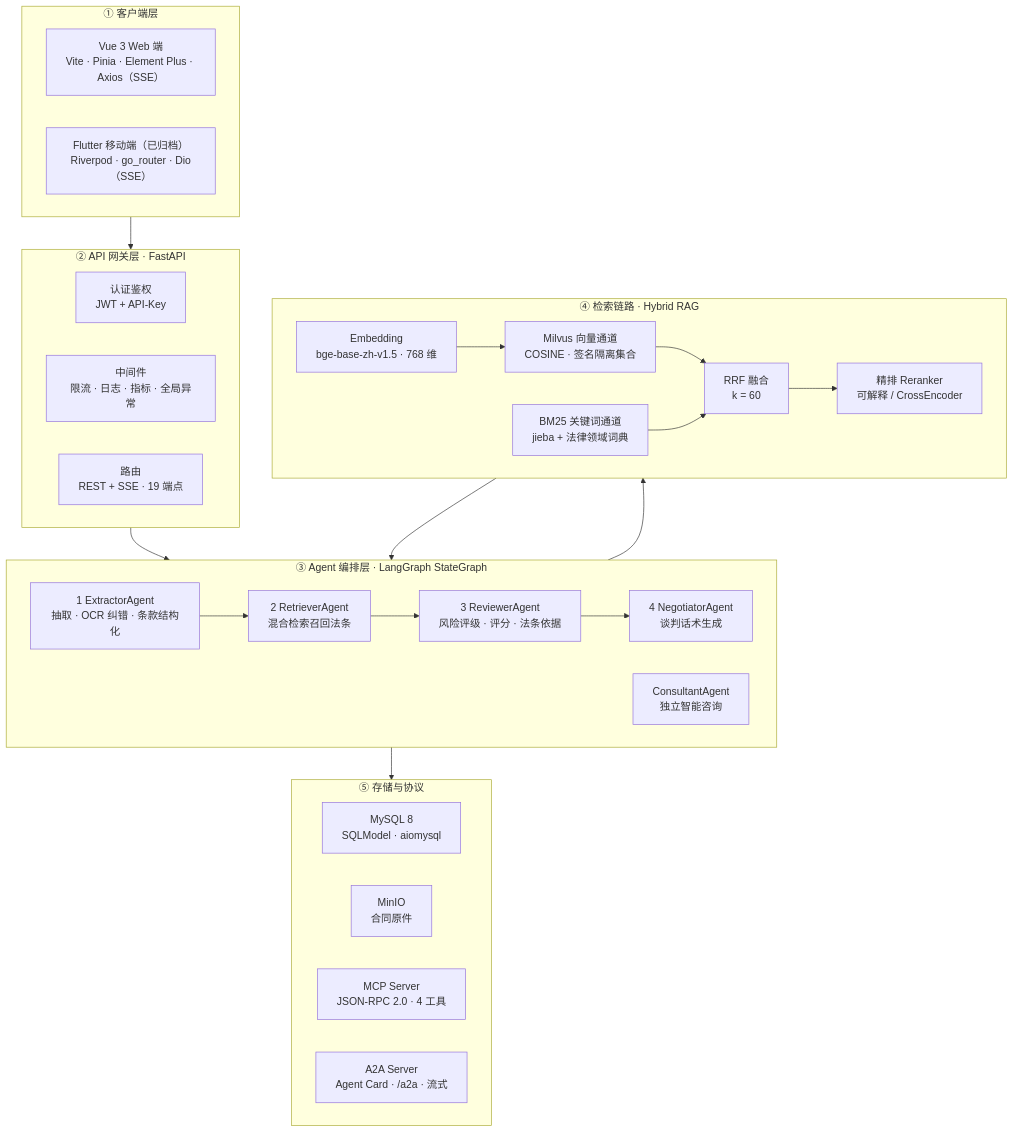
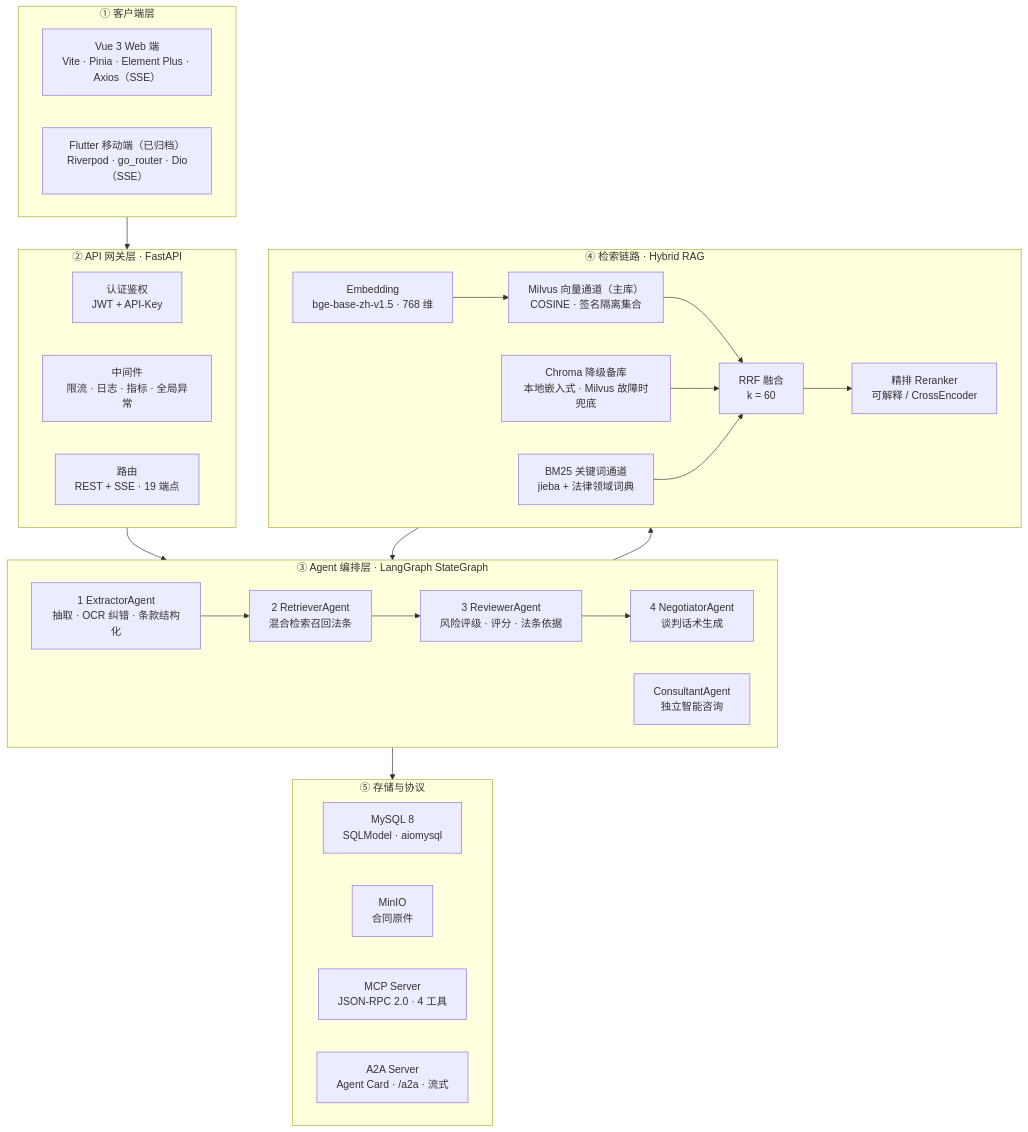
One commit to SFANBLOG/lumos changed the first of 2 diagrams in README.md. Above: the diagram before and after it, drawn with Mermaid. The commit also changed other lines of this file, not shown here.

First line of the commit message:
docs: 同步根 README 到 Chroma 降级备库 + LangGraph 断点续跑

````diff
--- a/README.md
+++ b/README.md
@@ -117,50 +117,52 @@
 ```mermaid
 flowchart TB
     subgraph L1["① 客户端层"]
         direction LR
         W["Vue 3 Web 端<br/>Vite · Pinia · Element Plus · Axios（SSE）"]
         M["Flutter 移动端（已归档）<br/>Riverpod · go_router · Dio（SSE）"]
     end
 
     subgraph L2["② API 网关层 · FastAPI"]
         direction LR
         A1["认证鉴权<br/>JWT + API-Key"]
         A2["中间件<br/>限流 · 日志 · 指标 · 全局异常"]
         A3["路由<br/>REST + SSE · 19 端点"]
     end
 
     subgraph L3["③ Agent 编排层 · LangGraph StateGraph"]
         direction LR
         N1["1 ExtractorAgent<br/>抽取 · OCR 纠错 · 条款结构化"]
         N2["2 RetrieverAgent<br/>混合检索召回法条"]
         N3["3 ReviewerAgent<br/>风险评级 · 评分 · 法条依据"]
         N4["4 NegotiatorAgent<br/>谈判话术生成"]
         N5["ConsultantAgent<br/>独立智能咨询"]
         N1 --> N2 --> N3 --> N4
     end
 
     subgraph L4["④ 检索链路 · Hybrid RAG"]
         direction LR
         E1["Embedding<br/>bge-base-zh-v1.5 · 768 维"]
-        V1["Milvus 向量通道<br/>COSINE · 签名隔离集合"]
+        V1["Milvus 向量通道（主库）<br/>COSINE · 签名隔离集合"]
+        V2["Chroma 降级备库<br/>本地嵌入式 · Milvus 故障时兜底"]
         B1["BM25 关键词通道<br/>jieba + 法律领域词典"]
         F1["RRF 融合<br/>k = 60"]
         R1["精排 Reranker<br/>可解释 / CrossEncoder"]
         E1 --> V1 --> F1
+        V2 --> F1
         B1 --> F1
         F1 --> R1
     end
 
     subgraph L5["⑤ 存储与协议"]
         direction LR
         S1["MySQL 8<br/>SQLModel · aiomysql"]
         S2["MinIO<br/>合同原件"]
         S3["MCP Server<br/>JSON-RPC 2.0 · 4 工具"]
         S4["A2A Server<br/>Agent Card · /a2a · 流式"]
     end
 
     L1 --> L2 --> L3
     N2 --> L4
     R1 --> N3
     L3 --> L5
 ```
````
